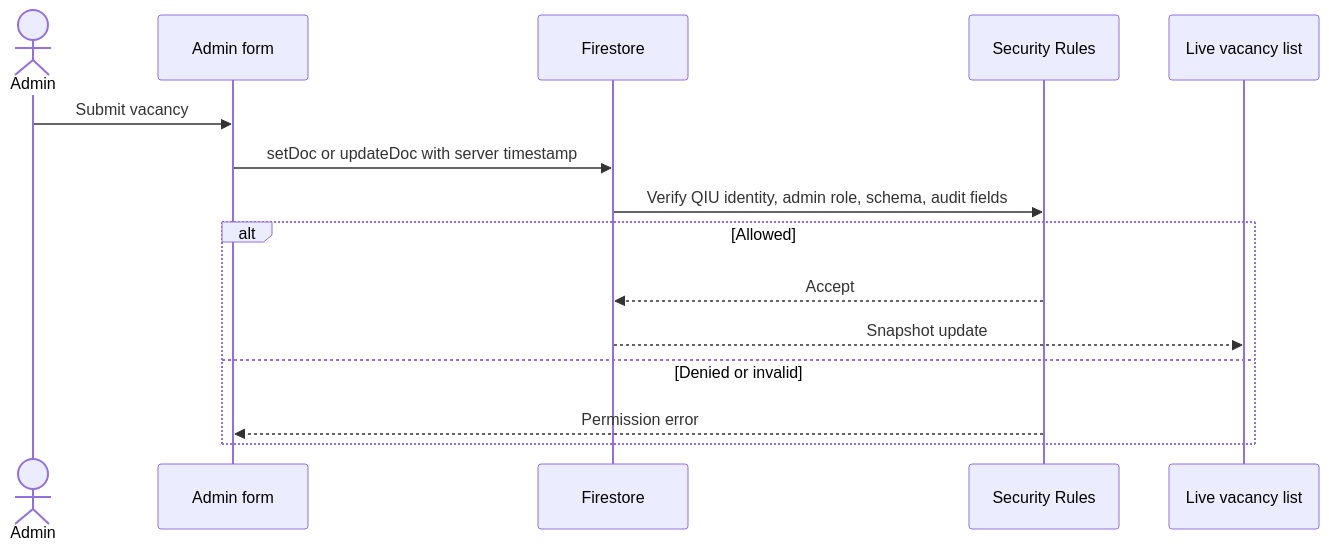
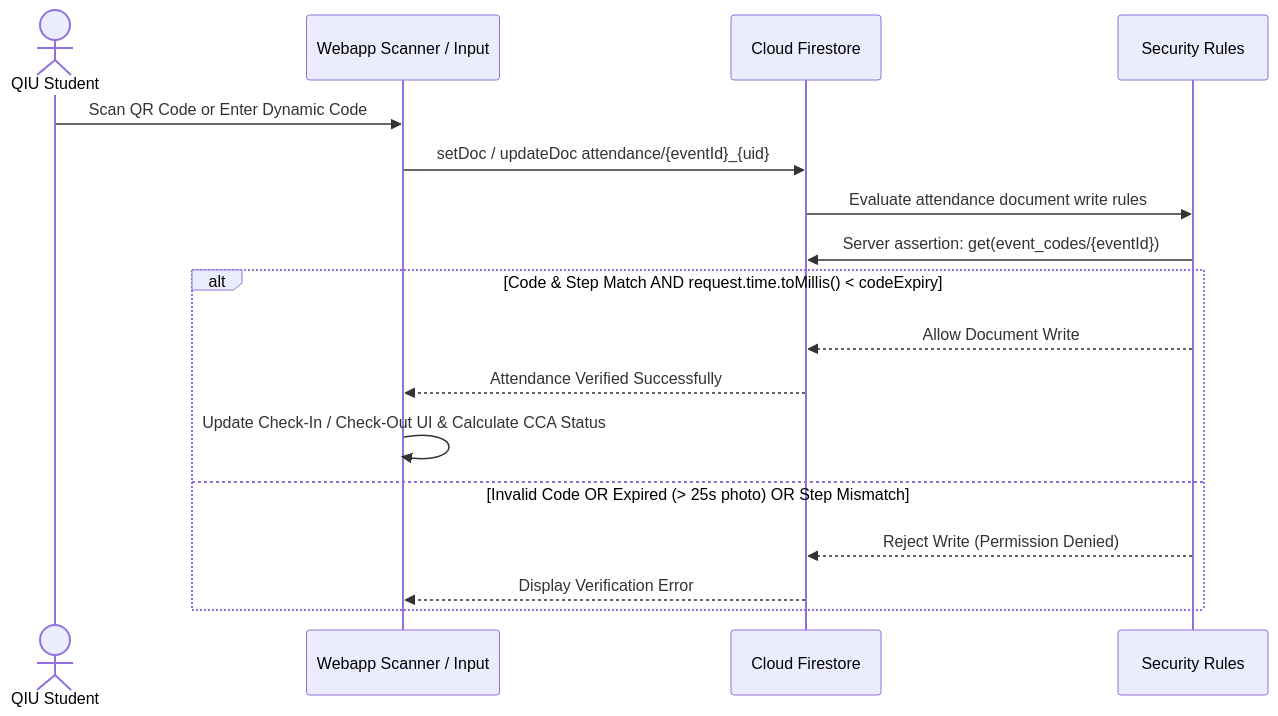
Before and after one commit to SooYM/QIU-Industry-Webapp: the fourth of 4 diagrams in webapp/docs/SOFTWARE_DOCUMENTATION.md, drawn with Mermaid. The commit also changed other lines of this file and 2 other files, not shown here.

Commit message:
docs(readme): document Events module, 25s rotating QR anti-cheat attendance, and CCA verification

````diff
--- a/webapp/docs/SOFTWARE_DOCUMENTATION.md
+++ b/webapp/docs/SOFTWARE_DOCUMENTATION.md
@@ -244,18 +371,20 @@
 ```mermaid
 sequenceDiagram
-    actor Admin
-    participant Form as Admin form
-    participant DB as Firestore
+    actor Student as QIU Student
+    participant Scanner as Webapp Scanner / Input
+    participant DB as Cloud Firestore
     participant Rules as Security Rules
-    participant List as Live vacancy list
 
-    Admin->>Form: Submit vacancy
-    Form->>DB: setDoc or updateDoc with server timestamp
-    DB->>Rules: Verify QIU identity, admin role, schema, audit fields
-    alt Allowed
-        Rules-->>DB: Accept
-        DB-->>List: Snapshot update
-    else Denied or invalid
-        Rules-->>Form: Permission error
+    Student->>Scanner: Scan QR Code or Enter Dynamic Code
+    Scanner->>DB: setDoc / updateDoc attendance/{eventId}_{uid}
+    DB->>Rules: Evaluate attendance document write rules
+    Rules->>DB: Server assertion: get(event_codes/{eventId})
+    alt Code & Step Match AND request.time.toMillis() < codeExpiry
+        Rules-->>DB: Allow Document Write
+        DB-->>Scanner: Attendance Verified Successfully
+        Scanner->>Scanner: Update Check-In / Check-Out UI & Calculate CCA Status
+    else Invalid Code OR Expired (> 25s photo) OR Step Mismatch
+        Rules-->>DB: Reject Write (Permission Denied)
+        DB-->>Scanner: Display Verification Error
     end
 ```
````
